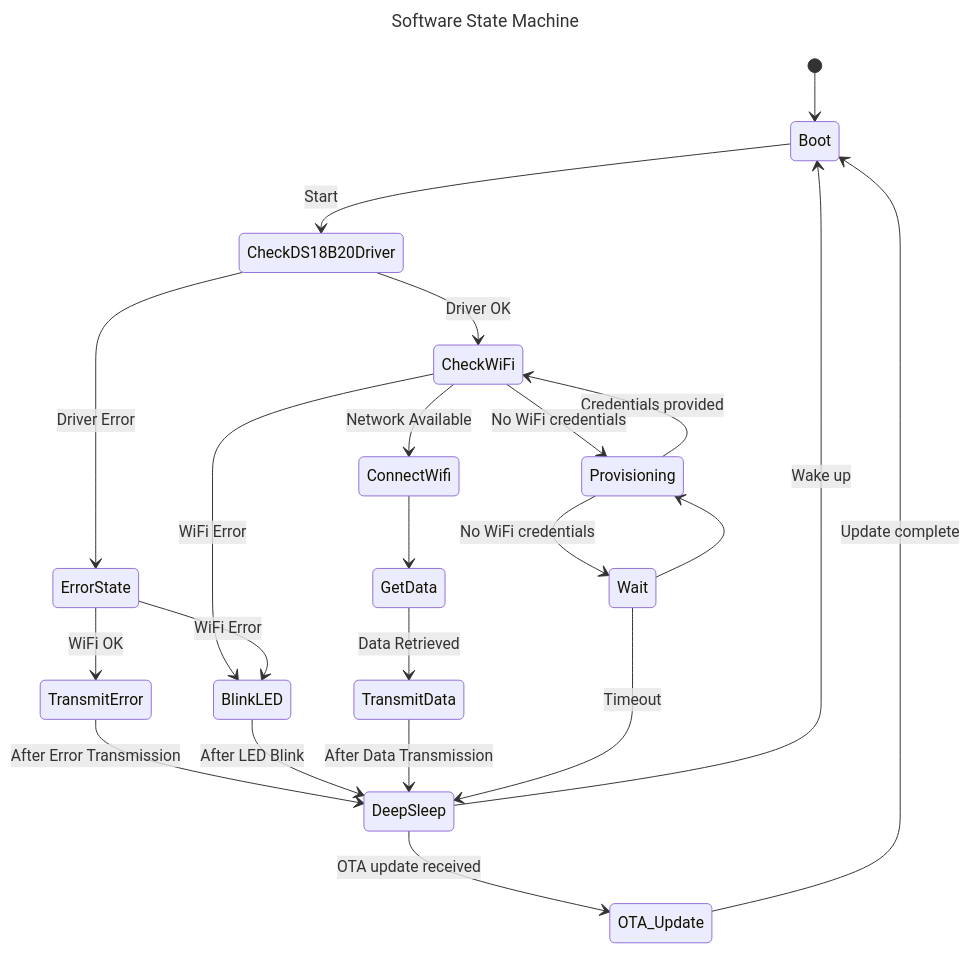
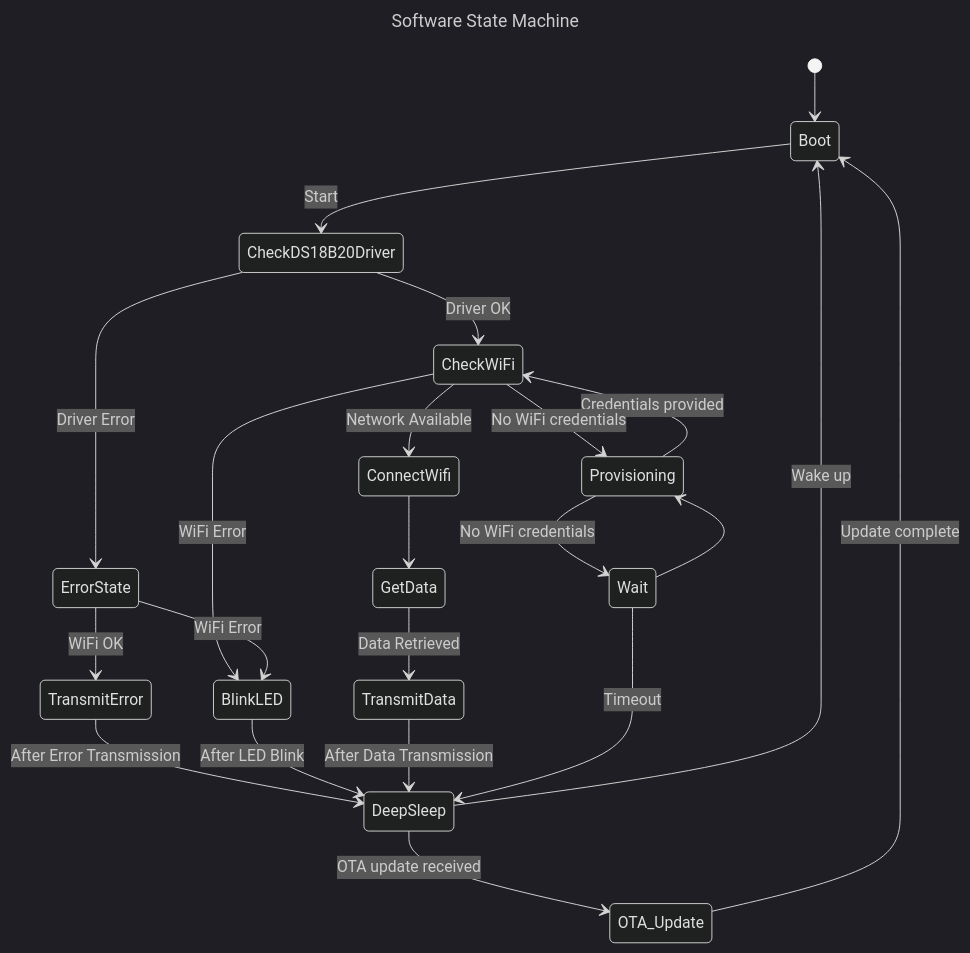
One commit to WorldWideWebster/github.io changed the second of 2 diagrams in Projects/iot_temp_probe/design.md. Above: the diagram before and after it, drawn with Mermaid. The commit also changed other lines of this file and 5 other files, not shown here.

Commit message:
Fixed design page to release status, Fixed mermaid (hopefully) Explored jekyll-spaceship

````diff
--- a/Projects/iot_temp_probe/design.md
+++ b/Projects/iot_temp_probe/design.md
@@ -206,27 +214,32 @@
 ```mermaid
 ---
 title: Software State Machine
 ---
-stateDiagram-v2
-    [*] --> Boot
-    Boot --> CheckDS18B20Driver : Start
-    CheckDS18B20Driver --> CheckWiFi : Driver OK
-    Provisioning --> CheckWiFi : Credentials provided
-    CheckWiFi --> ConnectWifi : Network Available
-    CheckWiFi --> Provisioning : No WiFi credentials
-    ConnectWifi --> GetData : 
-    GetData --> TransmitData : Data Retrieved
-    CheckDS18B20Driver --> ErrorState : Driver Error
-    CheckWiFi --> BlinkLED : WiFi Error
-    ErrorState --> TransmitError : WiFi OK
-    ErrorState --> BlinkLED : WiFi Error
-    TransmitError --> DeepSleep : After Error Transmission
-    BlinkLED --> DeepSleep : After LED Blink
-    TransmitData --> DeepSleep : After Data Transmission
-    DeepSleep --> Boot : Wake up
-    Provisioning --> Wait : No WiFi credentials
-    Wait --> Provisioning
-    Wait --> DeepSleep : Timeout
-    DeepSleep --> OTA_Update : OTA update received
-    OTA_Update --> Boot : Update complete
+%%{
+  init: {
+    'theme': 'dark'
+  }
+}%%  
+  stateDiagram-v2
+      [*] --> Boot
+      Boot --> CheckDS18B20Driver : Start
+      CheckDS18B20Driver --> CheckWiFi : Driver OK
+      Provisioning --> CheckWiFi : Credentials provided
+      CheckWiFi --> ConnectWifi : Network Available
+      CheckWiFi --> Provisioning : No WiFi credentials
+      ConnectWifi --> GetData : 
+      GetData --> TransmitData : Data Retrieved
+      CheckDS18B20Driver --> ErrorState : Driver Error
+      CheckWiFi --> BlinkLED : WiFi Error
+      ErrorState --> TransmitError : WiFi OK
+      ErrorState --> BlinkLED : WiFi Error
+      TransmitError --> DeepSleep : After Error Transmission
+      BlinkLED --> DeepSleep : After LED Blink
+      TransmitData --> DeepSleep : After Data Transmission
+      DeepSleep --> Boot : Wake up
+      Provisioning --> Wait : No WiFi credentials
+      Wait --> Provisioning
+      Wait --> DeepSleep : Timeout
+      DeepSleep --> OTA_Update : OTA update received
+      OTA_Update --> Boot : Update complete
 ```
````
